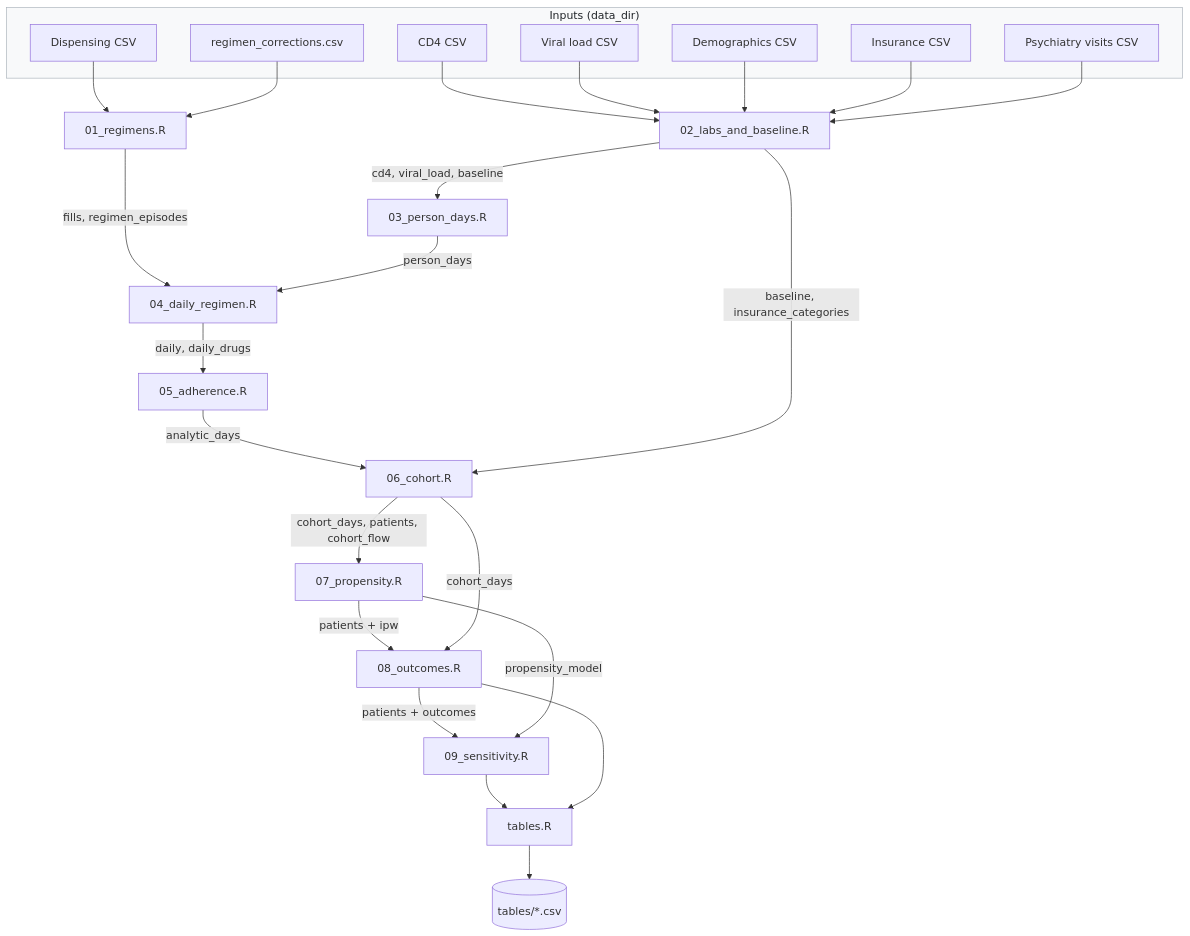
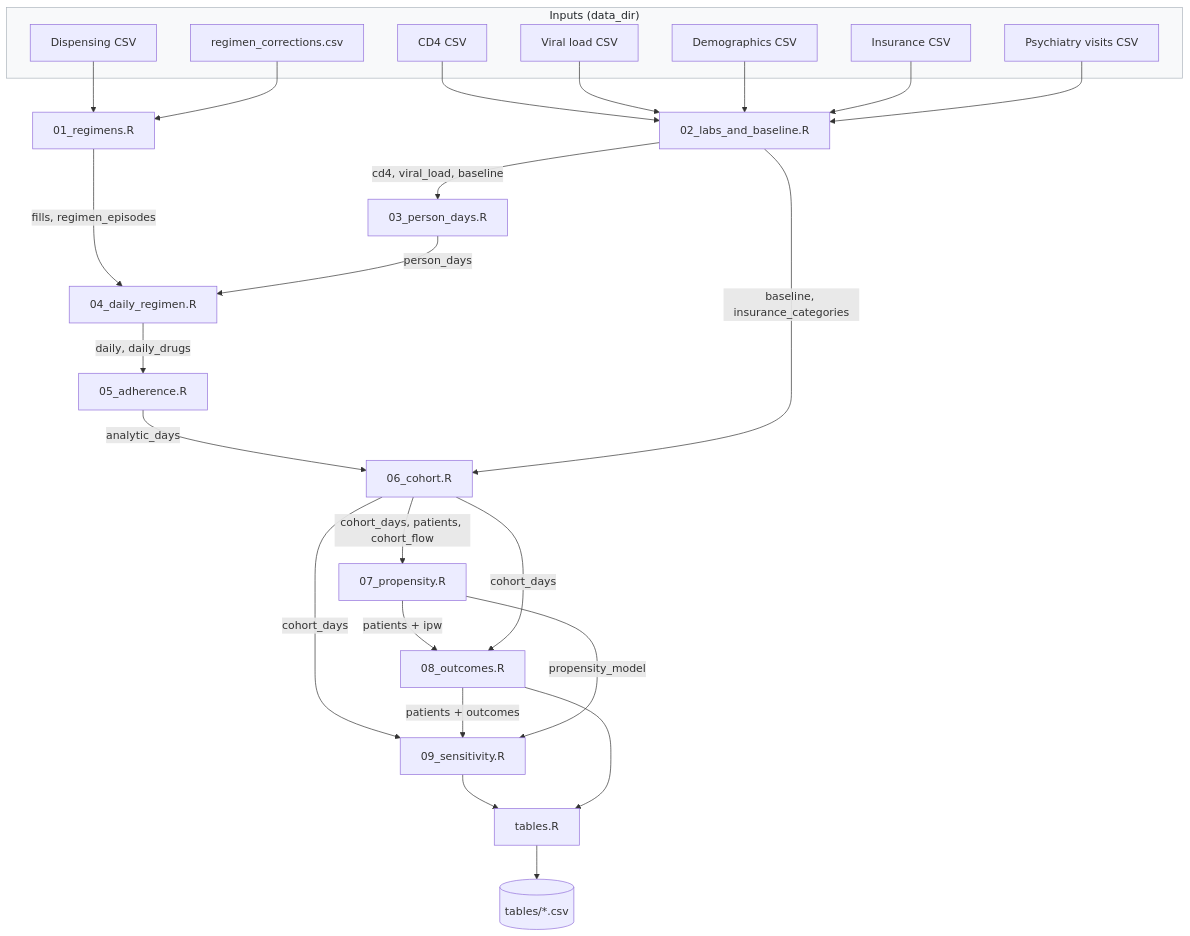
One commit to VagishHemmige/Harris-Health-STR changed the diagram in ARCHITECTURE.md. Above: the diagram before and after it, drawn with Mermaid. The commit also changed other lines of this file and 32 other files, not shown here.

````diff
--- a/ARCHITECTURE.md
+++ b/ARCHITECTURE.md
@@ -18,34 +18,37 @@
 ```mermaid
 flowchart TD
+  accTitle: Data flow between the R scripts
+  accDescr: The dispensing file and the corrections file feed 01_regimens, which passes fills and regimen episodes to 04. The CD4, viral load, demographics, insurance and psychiatry files feed 02, which passes labs and baseline to 03 and baseline and insurance categories to 06. 03 passes person-days to 04; 04 passes daily data to 05; 05 passes analytic days to 06. 06 passes cohort days, patients and the cohort flow to 07, and cohort days to 08 and 09. 07 passes patients with weights to 08 and the propensity model to 09. 08 passes patients with outcomes to 09. tables.R collects the tables from 08 and 09 and writes CSV files.
   subgraph inputs ["Inputs (data_dir)"]
     D[Dispensing CSV]
     C[CD4 CSV]
     V[Viral load CSV]
     G[Demographics CSV]
     I[Insurance CSV]
     P[Psychiatry visits CSV]
     X[regimen_corrections.csv]
   end
   D --> R1[01_regimens.R]
   X --> R1
   R1 -->|fills, regimen_episodes| R4[04_daily_regimen.R]
   C --> R2[02_labs_and_baseline.R]
   V --> R2
   G --> R2
   I --> R2
   P --> R2
   R2 -->|cd4, viral_load, baseline| R3[03_person_days.R]
   R3 -->|person_days| R4
   R4 -->|daily, daily_drugs| R5[05_adherence.R]
   R5 -->|analytic_days| R6[06_cohort.R]
   R2 -->|baseline, insurance_categories| R6
   R6 -->|cohort_days, patients, cohort_flow| R7[07_propensity.R]
   R7 -->|patients + ipw| R8[08_outcomes.R]
   R6 -->|cohort_days| R8
+  R6 -->|cohort_days| R9
   R8 -->|patients + outcomes| R9[09_sensitivity.R]
   R7 -->|propensity_model| R9
   R9 --> T[tables.R]
   R8 --> T
   T --> O[(tables/*.csv)]
   style inputs fill:#f8f9fa,stroke:#adb5bd,color:#212529
 ```
````
